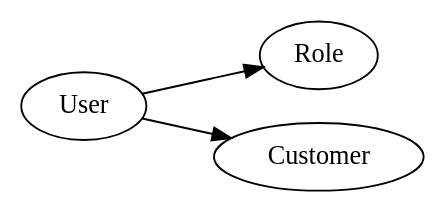
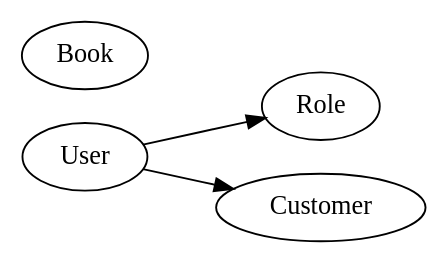
One commit to stevenvelozo/retold-example-librarylist changed the diagram in model/diagrams/LibraryList-Relationships.dot. Above: the diagram before and after it, drawn with Graphviz. The commit also changed 25 other files, not shown here.

```diff
--- a/model/diagrams/LibraryList-Relationships.dot
+++ b/model/diagrams/LibraryList-Relationships.dot
@@ -1,9 +1,10 @@
-## Table Connection Graph -- Generated 2015-12-13T06:07:15.520Z
+## Table Connection Graph -- Generated 2015-12-16T13:29:57.851Z
 digraph DataModel {
 rankdir=LR
 User;
 Role;
 Customer;
+Book;
 User -> Role
 User -> Customer
 }
```
